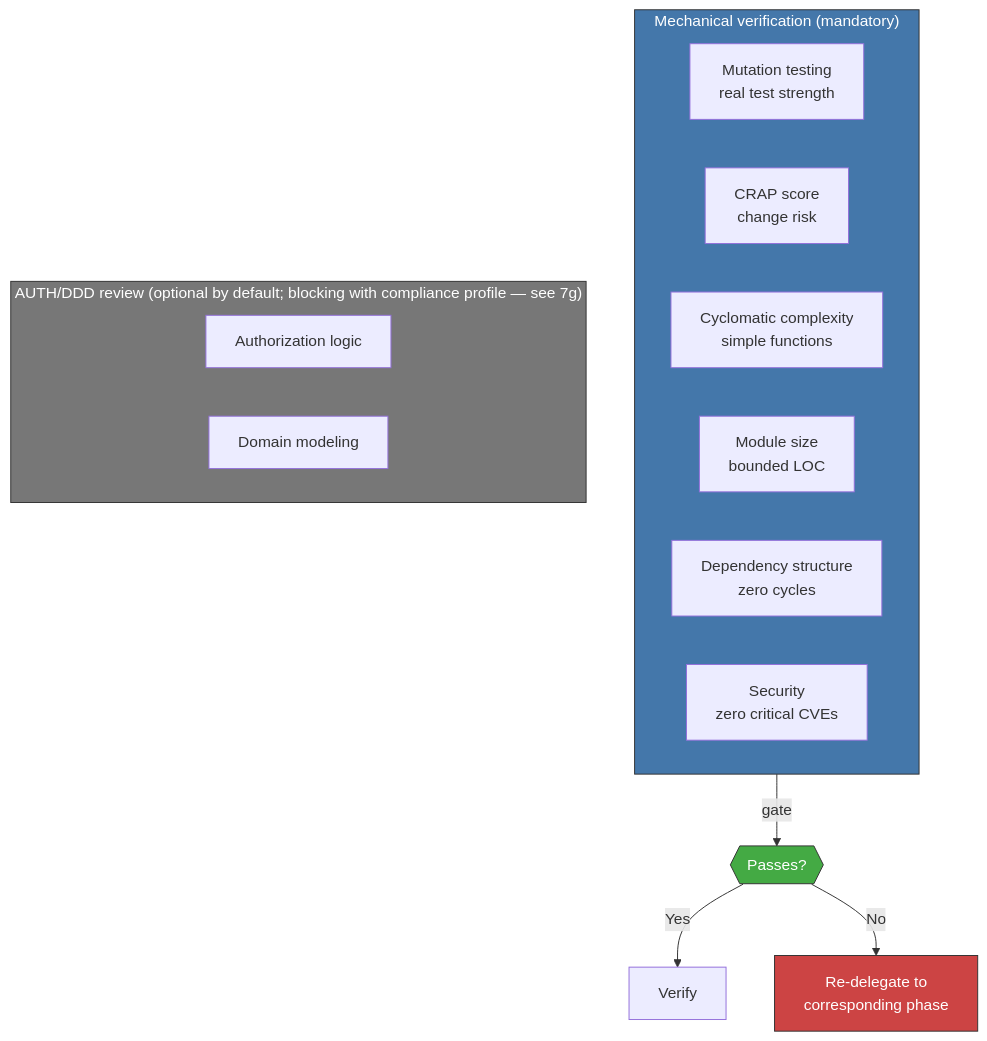
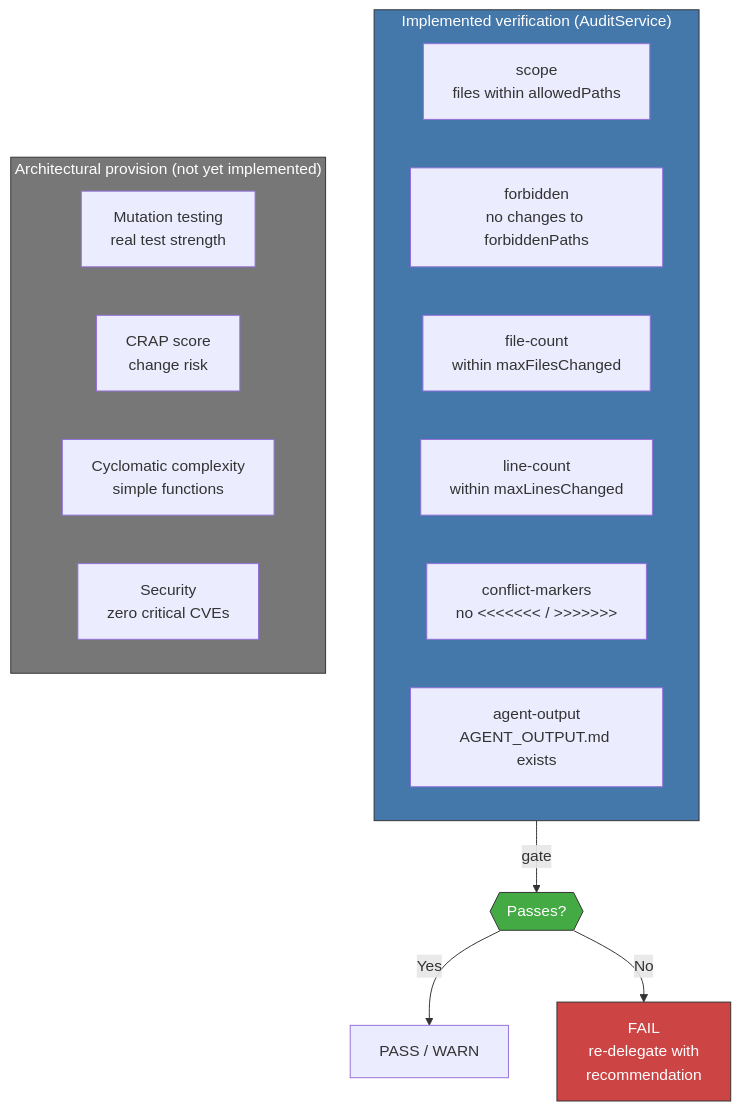
One commit to virgenherrera/virgil changed the diagram in docs/reference/principia/sections/32-mechanical-verification.md. Above: the diagram before and after it, drawn with Mermaid. The commit also changed other lines of this file and 31 other files, not shown here.

````diff
--- a/docs/reference/principia/sections/32-mechanical-verification.md
+++ b/docs/reference/principia/sections/32-mechanical-verification.md
@@ -35,25 +38,27 @@
 ```mermaid
 flowchart TD
-    subgraph MECANICO["Mechanical verification (mandatory)"]
+    subgraph IMPLEMENTED["Implemented verification (AuditService)"]
+        SCOPE["scope\nfiles within allowedPaths"]
+        FORBIDDEN["forbidden\nno changes to forbiddenPaths"]
+        FCOUNT["file-count\nwithin maxFilesChanged"]
+        LCOUNT["line-count\nwithin maxLinesChanged"]
+        CONFLICT["conflict-markers\nno <<<<<<< / >>>>>>>"]
+        AGENT["agent-output\nAGENT_OUTPUT.md exists"]
+    end
+
+    subgraph PROVISION["Architectural provision (not yet implemented)"]
         MUT["Mutation testing\nreal test strength"]
         CRAP["CRAP score\nchange risk"]
         CYCL["Cyclomatic complexity\nsimple functions"]
-        SIZE["Module size\nbounded LOC"]
-        DEPS["Dependency structure\nzero cycles"]
         SEC["Security\nzero critical CVEs"]
     end
 
-    subgraph RESIDUAL["AUTH/DDD review (optional by default; blocking with compliance profile — see 7g)"]
-        AUTH["Authorization logic"]
-        DDD["Domain modeling"]
-    end
+    IMPLEMENTED -->|"gate"| PASS{{"Passes?"}}
+    PASS -->|"Yes"| VERIFY["PASS / WARN"]
+    PASS -->|"No"| BACK["FAIL\nre-delegate with\nrecommendation"]
 
-    MECANICO -->|"gate"| PASS{{"Passes?"}}
-    PASS -->|"Yes"| VERIFY["Verify"]
-    PASS -->|"No"| BACK["Re-delegate to\ncorresponding phase"]
-
-    style MECANICO fill:#47a,stroke:#333,color:#fff
-    style RESIDUAL fill:#777,stroke:#333,color:#fff
+    style IMPLEMENTED fill:#47a,stroke:#333,color:#fff
+    style PROVISION fill:#777,stroke:#333,color:#fff
     style PASS fill:#4a4,stroke:#333,color:#fff
     style BACK fill:#c44,stroke:#333,color:#fff
 ```
````
